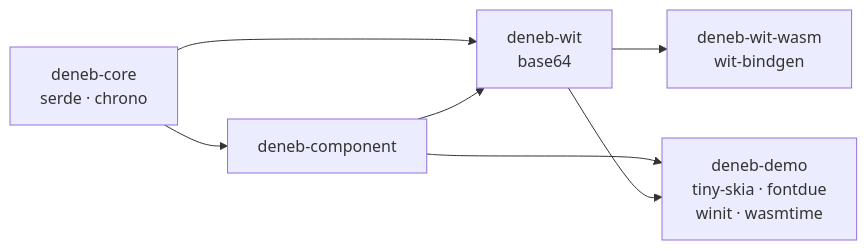
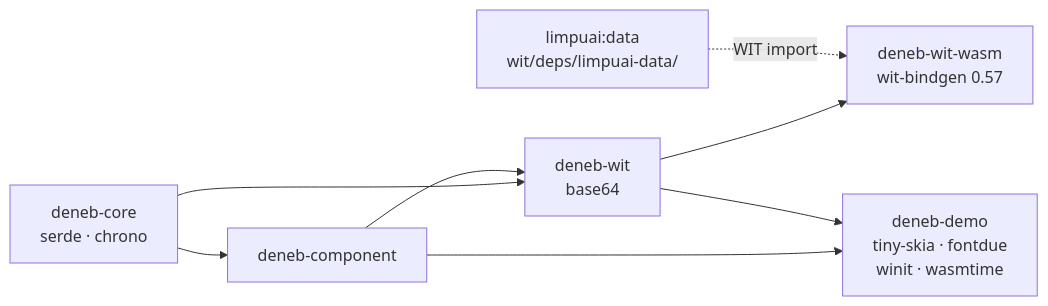
One commit to LimpuAI/deneb-rs changed the ninth of 9 diagrams in docs/architecture.md. Above: the diagram before and after it, drawn with Mermaid. The commit also changed other lines of this file and 29 other files, not shown here.

First line of the commit message:
feat: integrate limpuai-wit Arrow/Parquet parsers via WASI Component Model

````diff
--- a/docs/architecture.md
+++ b/docs/architecture.md
@@ -311,10 +318,11 @@
 ```mermaid
 flowchart LR
     core[deneb-core<br/>serde · chrono] --> comp[deneb-component]
     core --> wit[deneb-wit<br/>base64]
     comp --> wit
-    wit --> witwasm[deneb-wit-wasm<br/>wit-bindgen]
+    wit --> witwasm[deneb-wit-wasm<br/>wit-bindgen 0.57]
+    limpuai["limpuai:data<br/>wit/deps/limpuai-data/"] -.->|WIT import| witwasm
 
     comp --> demo[deneb-demo<br/>tiny-skia · fontdue<br/>winit · wasmtime]
     wit --> demo
 ```
````
